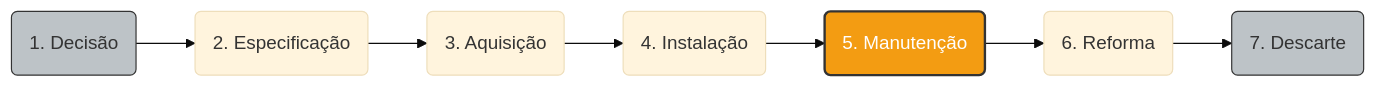
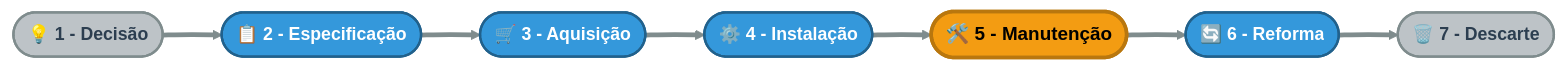
Before and after one commit to rafasfer2/MiningAnalyticsBook: the eighth of 10 diagrams in chapters/cap2-modelos-gestao.qmd, drawn with Mermaid (base theme). The commit also changed other lines of this file and 110 other files, not shown here.

````diff
--- a/chapters/cap2-modelos-gestao.qmd
+++ b/chapters/cap2-modelos-gestao.qmd
@@ -944,15 +1081,35 @@
 ```{mermaid}
 %%| label: fig-ciclo-vida-ativo
-%%| fig-cap: "Ciclo de Vida do Ativo - 7 Etapas"
-graph LR
-   1(1. Decisão) --> 2(2. Especificação)
-   2 --> 3(3. Aquisição)
-   3 --> 4(4. Instalação)
-   4 --> 5(5. Manutenção)
-   5 --> 6(6. Reforma)
-   6 --> 7(7. Descarte)
+%%| fig-cap: "O Ciclo de Vida do Ativo em 7 Etapas (Destaque para a Manutenção)"
+flowchart LR
 
-   style 5 fill:#f39c12,stroke:#333,color:#fff,stroke-width:2px
-   style 1 fill:#bdc3c7,stroke:#333
-   style 7 fill:#bdc3c7,stroke:#333
+    %% --- CONFIGURAÇÃO DE ESTILOS ---
+    %% Estilo para o Início e Fim (Limites do Ciclo)
+    classDef boundary fill:#bdc3c7,stroke:#7f8c8d,stroke-width:2px,color:#2c3e50,font-size:15px,font-weight:bold
+
+    %% Estilo Padrão para etapas de Engenharia/Suprimentos
+    classDef standard fill:#3498db,stroke:#21618c,stroke-width:2px,color:#ffffff,font-size:15px,font-weight:bold
+
+    %% Estilo de Destaque para a Manutenção (A fase mais longa e crítica)
+    classDef highlight fill:#f39c12,stroke:#b9770e,stroke-width:3px,color:#000000,font-size:16px,font-weight:bold
+
+    %% --- ESTRUTURA DOS NÓS (Formato de Jornada) ---
+    S1(["💡 1 - Decisão"])
+    S2(["📋 2 - Especificação"])
+    S3(["🛒 3 - Aquisição"])
+    S4(["⚙️ 4 - Instalação"])
+    S5(["🛠️ 5 - Manutenção"])
+    S6(["🔄 6 - Reforma"])
+    S7(["🗑️ 7 - Descarte"])
+
+    %% --- CONEXÕES (A linha do tempo) ---
+    S1 ==> S2 ==> S3 ==> S4 ==> S5 ==> S6 ==> S7
+
+    %% Engrossando a linha direcional para dar peso ao ciclo
+    linkStyle default stroke:#7f8c8d,stroke-width:4px
+
+    %% --- APLICAÇÃO DOS ESTILOS ---
+    class S1,S7 boundary;
+    class S2,S3,S4,S6 standard;
+    class S5 highlight;
 ```
````
